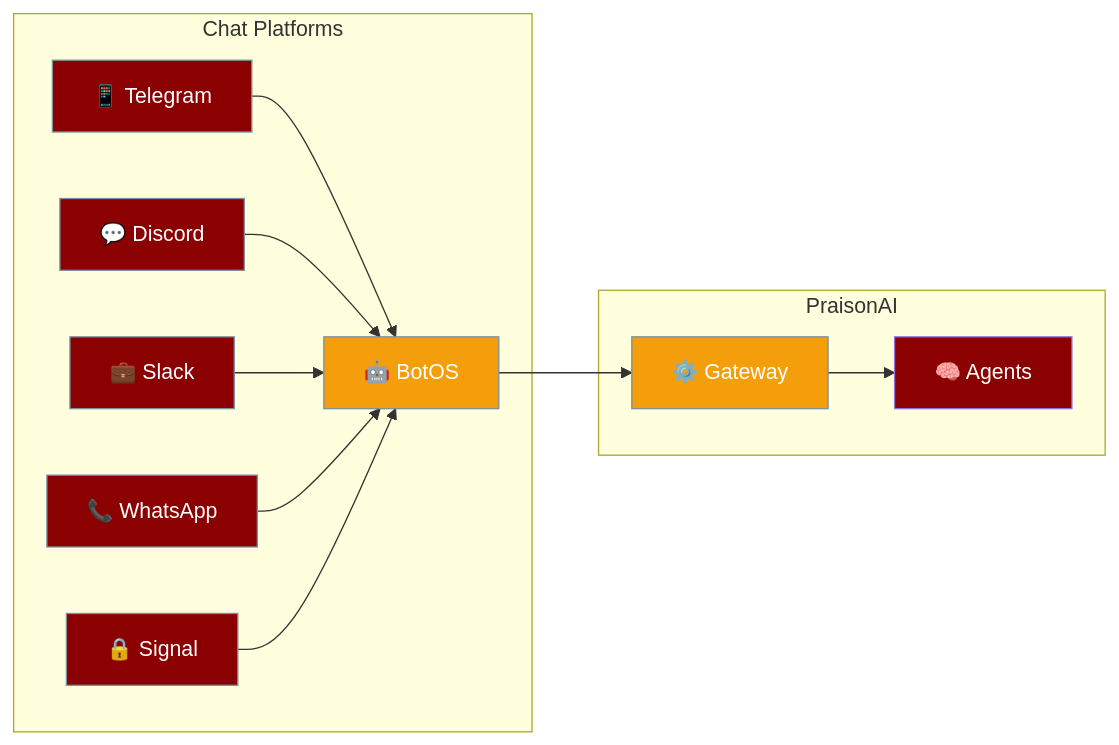
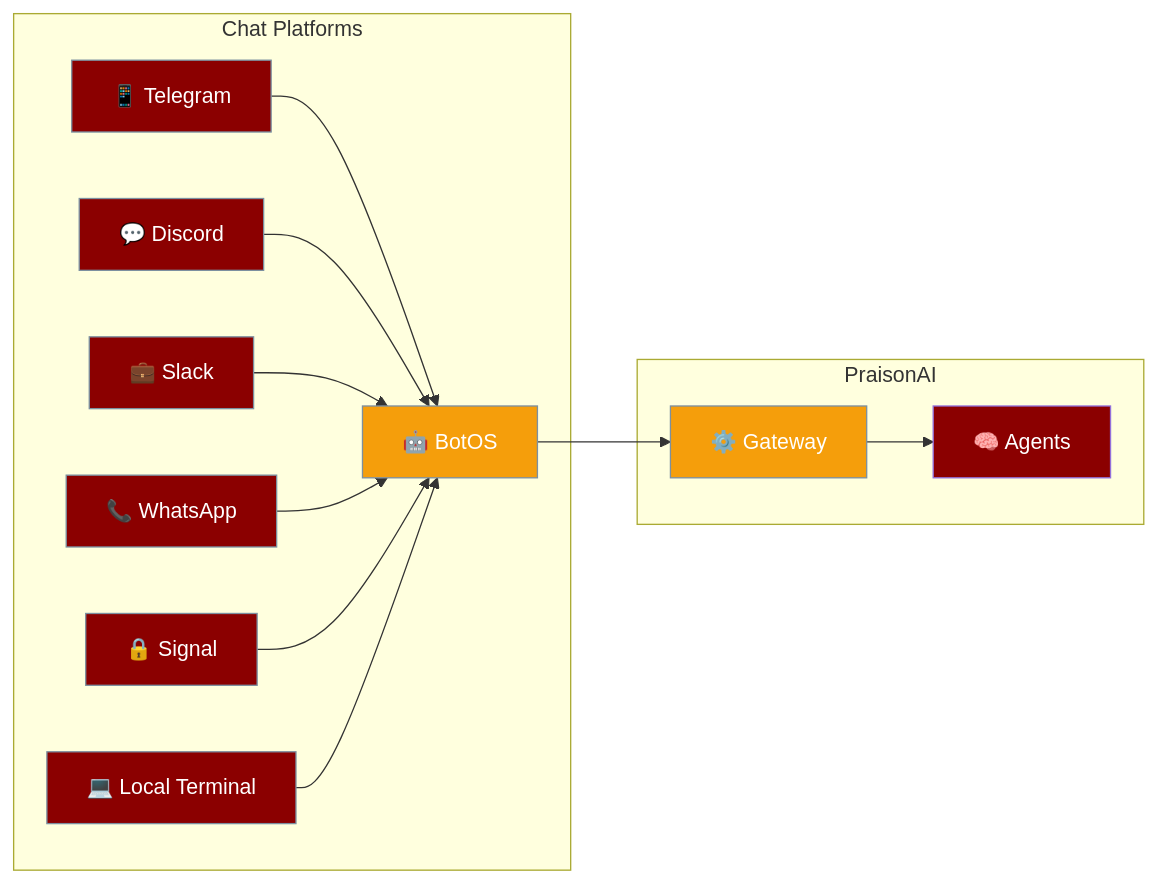
The first of 2 diagrams in docs/features/channels-gateway.mdx (MervinPraison/PraisonAIDocs), drawn with Mermaid before and after one commit. The commit also changed other lines of this file and 6 other files, not shown here.

Commit message:
docs: add Local (Terminal) Channel page and cross-references (fixes #3454)

````diff
--- a/docs/features/channels-gateway.mdx
+++ b/docs/features/channels-gateway.mdx
@@ -19,23 +19,24 @@
 ```mermaid
 graph LR
     subgraph "Chat Platforms"
         A[📱 Telegram] --> B[🤖 BotOS]
         C[💬 Discord] --> B
         D[💼 Slack] --> B
         E[📞 WhatsApp] --> B
         H[🔒 Signal] --> B
+        L[💻 Local Terminal] --> B
     end
     subgraph "PraisonAI"
         B --> F[⚙️ Gateway]
         F --> G[🧠 Agents]
     end
     
     classDef platform fill:#8B0000,stroke:#7C90A0,color:#fff
     classDef gateway fill:#F59E0B,stroke:#7C90A0,color:#fff
     
     classDef agent fill:#8B0000,color:#fff
     classDef tool fill:#189AB4,color:#fff
-    class A,C,D,E,H platform
+    class A,C,D,E,H,L platform
     class B,F gateway
     class G agent
 ```
````
